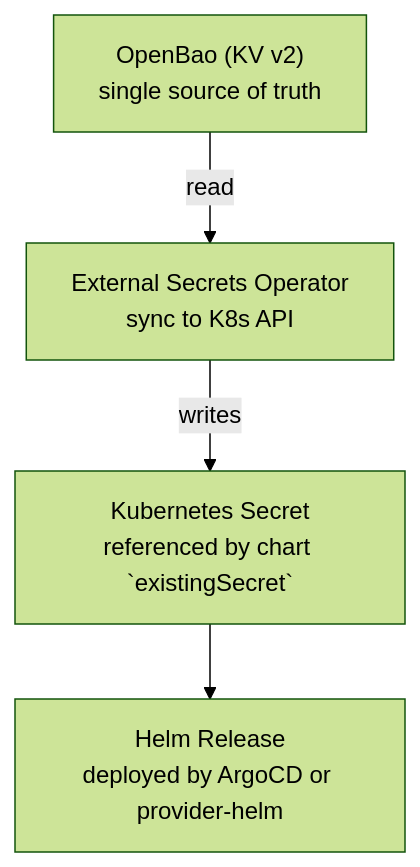
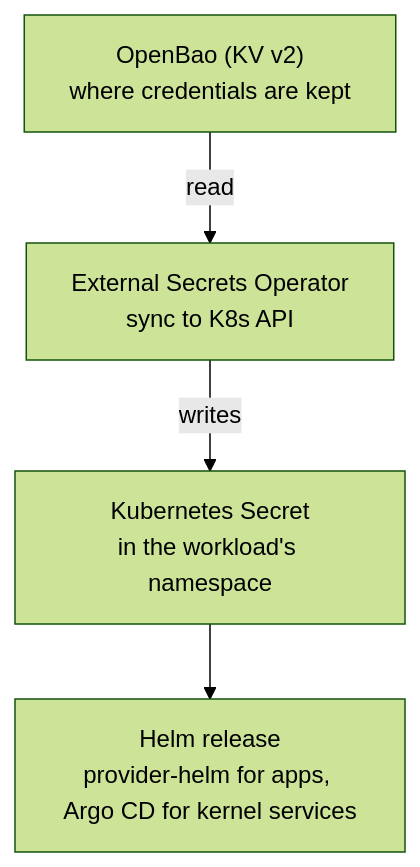
Before and after one commit to gentian-org/gentian-os: the second of 3 diagrams in docs/design/security.md, drawn with Mermaid (forest theme). The commit also changed other lines of this file and 27 other files, not shown here.

````diff
--- a/docs/design/security.md
+++ b/docs/design/security.md
@@ -1049,11 +1062,11 @@
 ```mermaid
 flowchart TD
-    OpenBao["OpenBao (KV v2)<br>single source of truth"]
+    OpenBao["OpenBao (KV v2)<br>where credentials are kept"]
     ESO["External Secrets Operator<br>sync to K8s API"]
-    K8sSecret["Kubernetes Secret<br>referenced by chart `existingSecret`"]
-    HelmRelease["Helm Release<br>deployed by ArgoCD or provider-helm"]
-    
+    K8sSecret["Kubernetes Secret<br>in the workload's namespace"]
+    HelmRelease["Helm release<br>provider-helm for apps, Argo CD for kernel services"]
+
     OpenBao -->|read| ESO
     ESO -->|writes| K8sSecret
     K8sSecret --> HelmRelease
 ```
````
